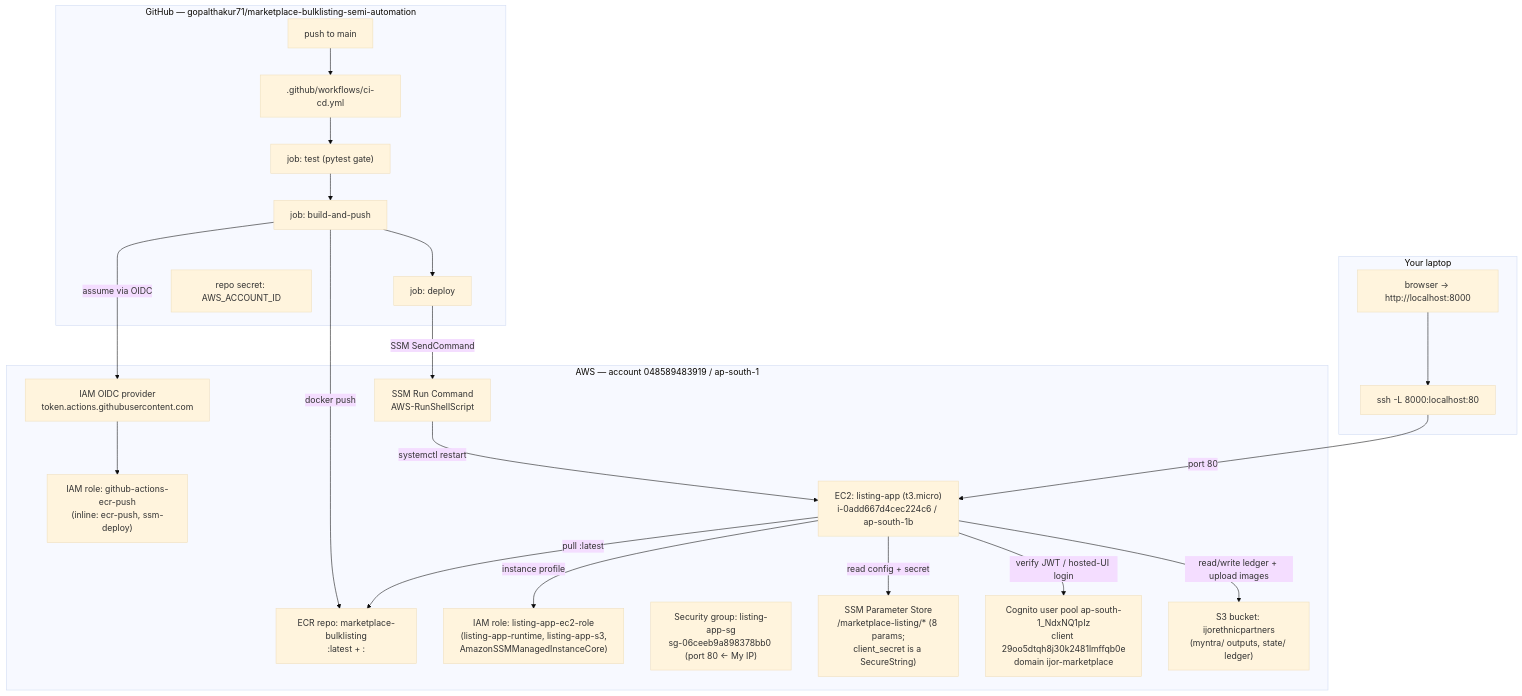
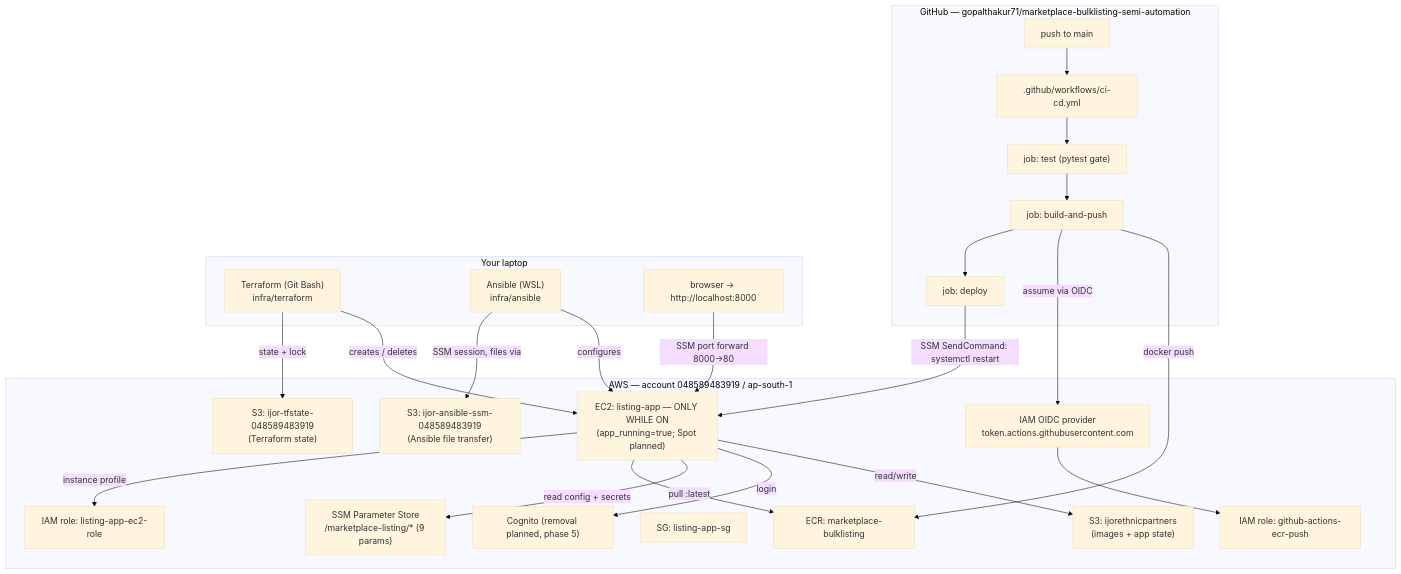
The diagram in docs/infra-resources.md (gopalthakur71/marketplace-bulklisting-semi-automation), drawn with Mermaid (base theme) before and after one commit. The commit also changed other lines of this file and 17 other files, not shown here.

First line of the commit message:
docs: rewrite infra docs for Terraform + Ansible and the on-demand server

````diff
--- a/docs/infra-resources.md
+++ b/docs/infra-resources.md
@@ -10,38 +18,44 @@
 ```mermaid
 flowchart TB
     subgraph GH["GitHub — gopalthakur71/marketplace-bulklisting-semi-automation"]
         push["push to main"] --> wf[".github/workflows/ci-cd.yml"]
         wf --> jTest["job: test (pytest gate)"]
         jTest --> jBuild["job: build-and-push"]
         jBuild --> jDeploy["job: deploy"]
-        sec["repo secret: AWS_ACCOUNT_ID"]
+    end
+
+    subgraph LAPTOP["Your laptop"]
+        tf["Terraform (Git Bash)\ninfra/terraform"]
+        ans["Ansible (WSL)\ninfra/ansible"]
+        browser["browser → http://localhost:8000"]
     end
 
     subgraph AWS["AWS — account 048589483919 / ap-south-1"]
+        state["S3: ijor-tfstate-048589483919\n(Terraform state)"]
         oidc["IAM OIDC provider\ntoken.actions.githubusercontent.com"]
-        roleGH["IAM role: github-actions-ecr-push\n(inline: ecr-push, ssm-deploy)"]
-        ecr["ECR repo: marketplace-bulklisting\n:latest + :<sha>"]
-        ec2["EC2: listing-app (t3.micro)\ni-0add667d4cec224c6 / ap-south-1b"]
-        roleEC2["IAM role: listing-app-ec2-role\n(listing-app-runtime, listing-app-s3,\nAmazonSSMManagedInstanceCore)"]
-        sg["Security group: listing-app-sg\nsg-06ceeb9a898378bb0 (port 80 ← My IP)"]
-        ssm["SSM Parameter Store\n/marketplace-listing/* (8 params;\nclient_secret is a SecureString)"]
-        cog["Cognito user pool ap-south-1_NdxNQ1pIz\nclient 29oo5dtqh8j30k2481lmffqb0e\ndomain ijor-marketplace"]
-        s3["S3 bucket: ijorethnicpartners\n(myntra/ outputs, state/ ledger)"]
-        ssmDoc["SSM Run Command\nAWS-RunShellScript"]
+        roleGH["IAM role: github-actions-ecr-push"]
+        ecr["ECR: marketplace-bulklisting"]
+        ec2["EC2: listing-app — ONLY WHILE ON\n(app_running=true; Spot planned)"]
+        roleEC2["IAM role: listing-app-ec2-role"]
+        sg["SG: listing-app-sg"]
+        ssm["SSM Parameter Store\n/marketplace-listing/* (9 params)"]
+        cog["Cognito (removal planned, phase 5)"]
+        s3["S3: ijorethnicpartners\n(images + app state)"]
+        xfer["S3: ijor-ansible-ssm-048589483919\n(Ansible file transfer)"]
     end
+
+    tf -->|state + lock| state
+    tf -->|creates / deletes| ec2
+    ans -->|SSM session, files via| xfer
+    ans -->|configures| ec2
+    browser -->|SSM port forward 8000→80| ec2
 
     jBuild -->|assume via OIDC| oidc --> roleGH
     jBuild -->|docker push| ecr
-    jDeploy -->|SSM SendCommand| ssmDoc -->|systemctl restart| ec2
+    jDeploy -->|SSM SendCommand: systemctl restart| ec2
     ec2 -->|instance profile| roleEC2
     ec2 -->|pull :latest| ecr
-    ec2 -->|read config + secret| ssm
-    ec2 -->|verify JWT / hosted-UI login| cog
-    ec2 -->|read/write ledger + upload images| s3
-
-    subgraph LOCAL["Your laptop"]
-        tunnel["ssh -L 8000:localhost:80"]
-        browser["browser → http://localhost:8000"]
-    end
-    browser --> tunnel -->|port 80| ec2
+    ec2 -->|read config + secrets| ssm
+    ec2 -->|login| cog
+    ec2 -->|read/write| s3
 ```
````
